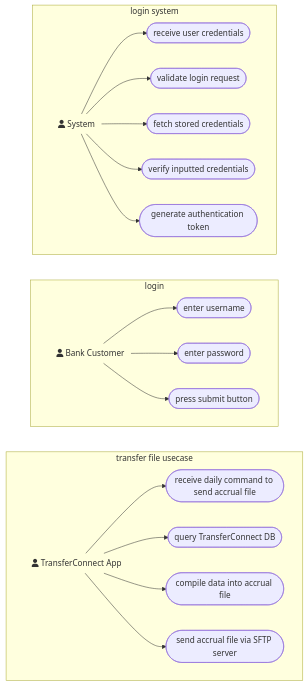
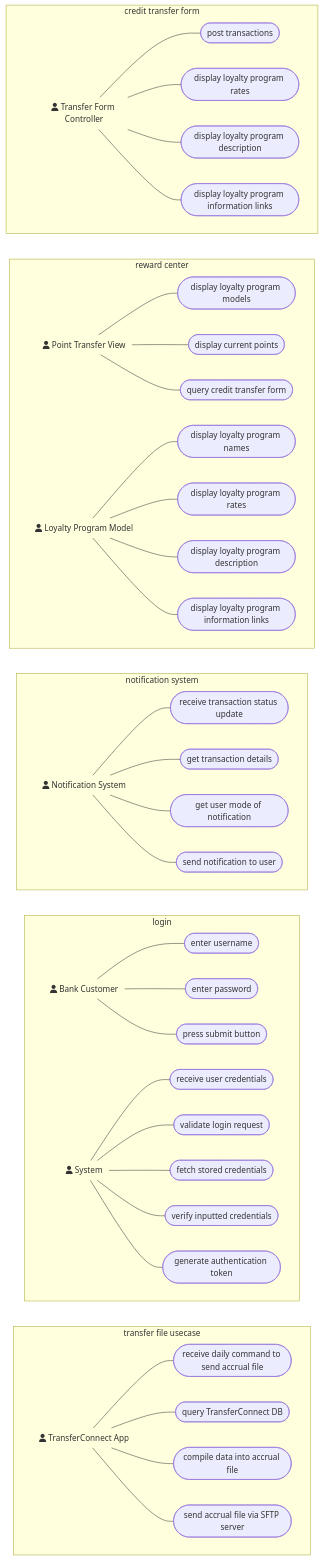
The diagram in UML Class Diagrams/useCaseDiagrams.md (Sean2309/SoftwareConstructProject), drawn with Mermaid before and after one commit. The commit also changed other lines of this file, not shown here.

Commit message:
use case diagrams updated for many of the systems

````diff
--- a/UML Class Diagrams/useCaseDiagrams.md
+++ b/UML Class Diagrams/useCaseDiagrams.md
@@ -2,29 +2,66 @@
 ```mermaid
 graph LR
     subgraph transfer file usecase
-        style A fill-opacity:0, stroke-opacity:0;
+        style TF fill-opacity:0, stroke-opacity:0;
         direction LR  %%
-        A([fa:fa-user TransferConnect App]) --> B([receive daily command to send accrual file])
-        A([fa:fa-user TransferConnect App]) --> C([query TransferConnect DB])
-        A([fa:fa-user TransferConnect App]) --> D([compile data into accrual file])
-        A([fa:fa-user TransferConnect App]) --> E([send accrual file via SFTP server])
+        
+        TF([fa:fa-user TransferConnect App]) --- B([receive daily command to send accrual file])
+        TF([fa:fa-user TransferConnect App]) --- C([query TransferConnect DB])
+        TF([fa:fa-user TransferConnect App]) --- D([compile data into accrual file])
+        TF([fa:fa-user TransferConnect App]) --- E([send accrual file via SFTP server])
     end
 
     subgraph login
-        style X fill-opacity:0, stroke-opacity:0;
+        style LU fill-opacity:0, stroke-opacity:0;
+        style LS fill-opacity:0, stroke-opacity:0;
         direction LR  %%
-        X([fa:fa-user Bank Customer]) --> childX_1([enter username])
-        X([fa:fa-user Bank Customer]) --> childX_2([enter password])
-        X([fa:fa-user Bank Customer]) --> childX_3([press submit button])
+        LU([fa:fa-user Bank Customer]) --- childLU_1([enter username])
+        LU([fa:fa-user Bank Customer]) --- childLU_2([enter password])
+        LU([fa:fa-user Bank Customer]) --- childLU_3([press submit button])
+
+        LS([fa:fa-user System]) --- childLS_1([receive user credentials])
+        LS([fa:fa-user System]) --- childLS_2([validate login request])
+        LS([fa:fa-user System]) --- childLS_3([fetch stored credentials])
+        LS([fa:fa-user System]) --- childLS_4([verify inputted credentials])
+        LS([fa:fa-user System]) --- childLS_5([generate authentication token])
     end
 
-    subgraph login system
-        style BS fill-opacity:0, stroke-opacity:0;
+    subgraph notification system
+        style NS fill-opacity:0, stroke-opacity:0;
         direction LR  %%
-        BS([fa:fa-user System]) --> childBS_1([receive user credentials])
-        BS([fa:fa-user System]) --> childBS_2([validate login request])
-        BS([fa:fa-user System]) --> childBS_3([fetch stored credentials])
-        BS([fa:fa-user System]) --> childBS_4([verify inputted credentials])
-        BS([fa:fa-user System]) --> childBS_5([generate authentication token])
+        NS([fa:fa-user Notification System]) --- childNS_4([receive transaction status update])
+        NS([fa:fa-user Notification System]) --- childNS_1([get transaction details])
+        NS([fa:fa-user Notification System]) --- childNS_2([get user mode of notification])
+        NS([fa:fa-user Notification System]) --- childNS_3([send notification to user])
     end
+
+    subgraph reward center
+        style RC fill-opacity:0, stroke-opacity:0;
+        direction LR  %%
+        RC([fa:fa-user Point Transfer View]) --- childRC_1([display loyalty program models])
+        RC([fa:fa-user Point Transfer View]) --- childRC_2([display current points])
+        RC([fa:fa-user Point Transfer View]) --- childRC_3([query credit transfer form])
+
+        style LPM fill-opacity:0, stroke-opacity:0;
+        direction LR  %%
+        LPM([fa:fa-user Loyalty Program Model]) --- childLPM_1([display loyalty program names])
+        LPM([fa:fa-user Loyalty Program Model]) --- childLPM_2([display loyalty program rates])
+        LPM([fa:fa-user Loyalty Program Model]) --- childLPM_3([display loyalty program description])
+        LPM([fa:fa-user Loyalty Program Model]) --- childLPM_4([display loyalty program information links])
+
+        
+    end
+
+    subgraph credit transfer form
+
+        style PTC fill-opacity:0, stroke-opacity:0;
+        direction LR  %%
+        PTC([fa:fa-user Transfer Form Controller]) --- childPTC_1([post transactions])
+        PTC([fa:fa-user Transfer Form Controller]) --- childPTC_2([display loyalty program rates])
+        PTC([fa:fa-user Transfer Form Controller]) --- childPTC_3([display loyalty program description])
+        PTC([fa:fa-user Transfer Form Controller]) --- childPTC_4([display loyalty program information links])
+    end
+
+
+
 ```
````
